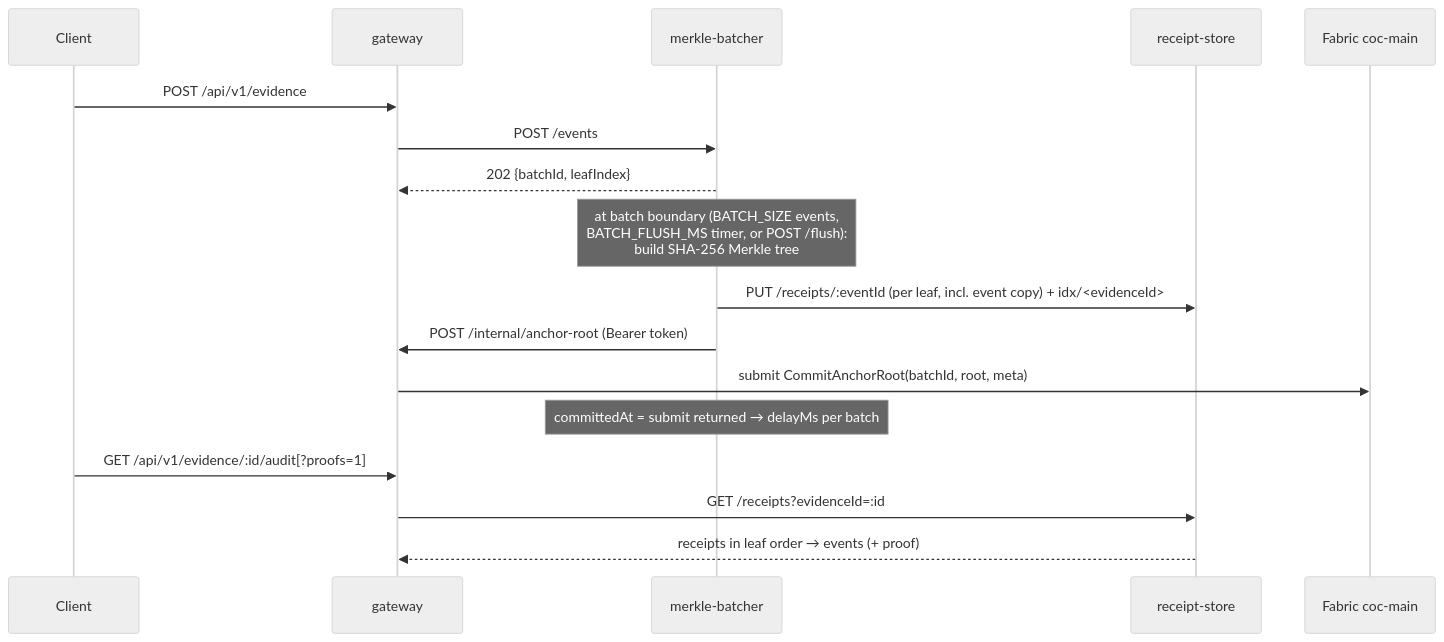
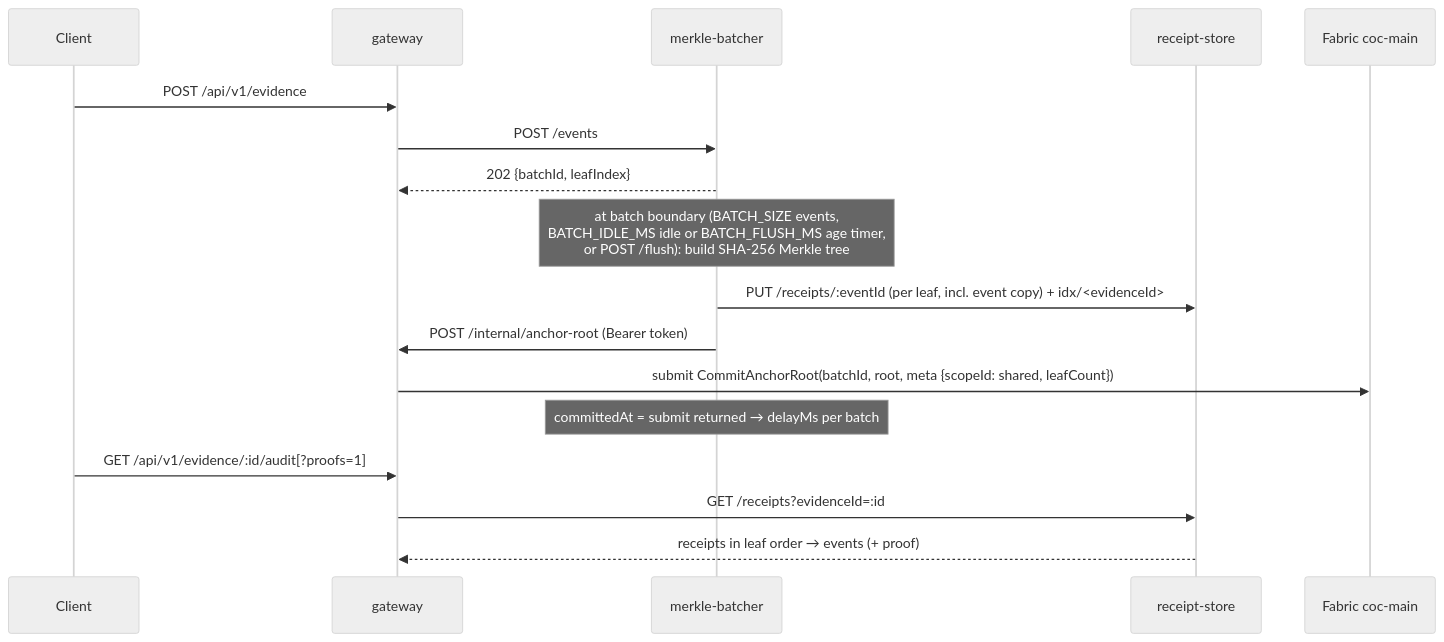
Before and after one commit to theflorist18/GLEIPNIR: the third of 8 diagrams in docs/AS-BUILT.md, drawn with Mermaid (neutral theme). The commit also changed other lines of this file and 56 other files, not shown here.

````diff
--- a/docs/AS-BUILT.md
+++ b/docs/AS-BUILT.md
@@ -192,19 +201,19 @@
 ```mermaid
 sequenceDiagram
     participant C as Client
     participant G as gateway
     participant B as merkle-batcher
     participant R as receipt-store
     participant F as Fabric coc-main
     C->>G: POST /api/v1/evidence
     G->>B: POST /events
     B-->>G: 202 {batchId, leafIndex}
-    Note over B: at batch boundary (BATCH_SIZE events,<br/>BATCH_FLUSH_MS timer, or POST /flush):<br/>build SHA-256 Merkle tree
+    Note over B: at batch boundary (BATCH_SIZE events,<br/>BATCH_IDLE_MS idle or BATCH_FLUSH_MS age timer,<br/>or POST /flush): build SHA-256 Merkle tree
     B->>R: PUT /receipts/:eventId (per leaf, incl. event copy) + idx/<evidenceId>
     B->>G: POST /internal/anchor-root (Bearer token)
-    G->>F: submit CommitAnchorRoot(batchId, root, meta)
+    G->>F: submit CommitAnchorRoot(batchId, root, meta {scopeId: shared, leafCount})
     Note over B: committedAt = submit returned → delayMs per batch
     C->>G: GET /api/v1/evidence/:id/audit[?proofs=1]
     G->>R: GET /receipts?evidenceId=:id
     R-->>G: receipts in leaf order → events (+ proof)
 ```
````
